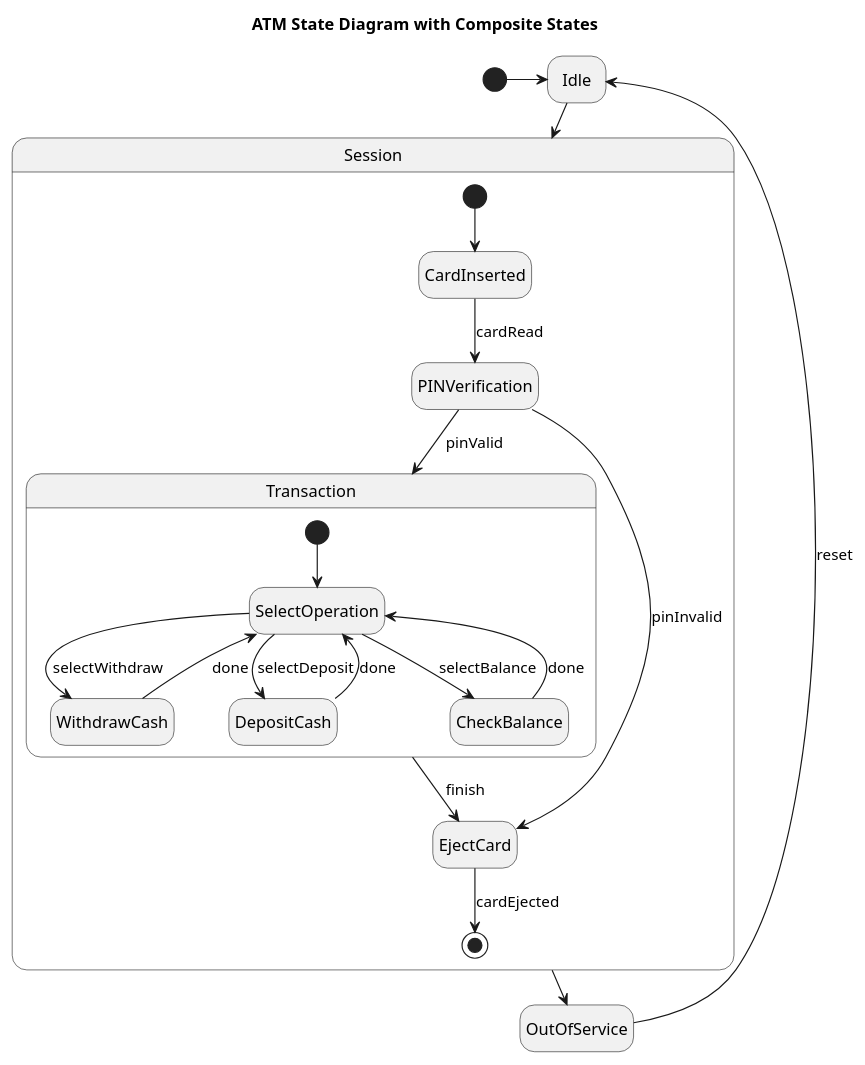
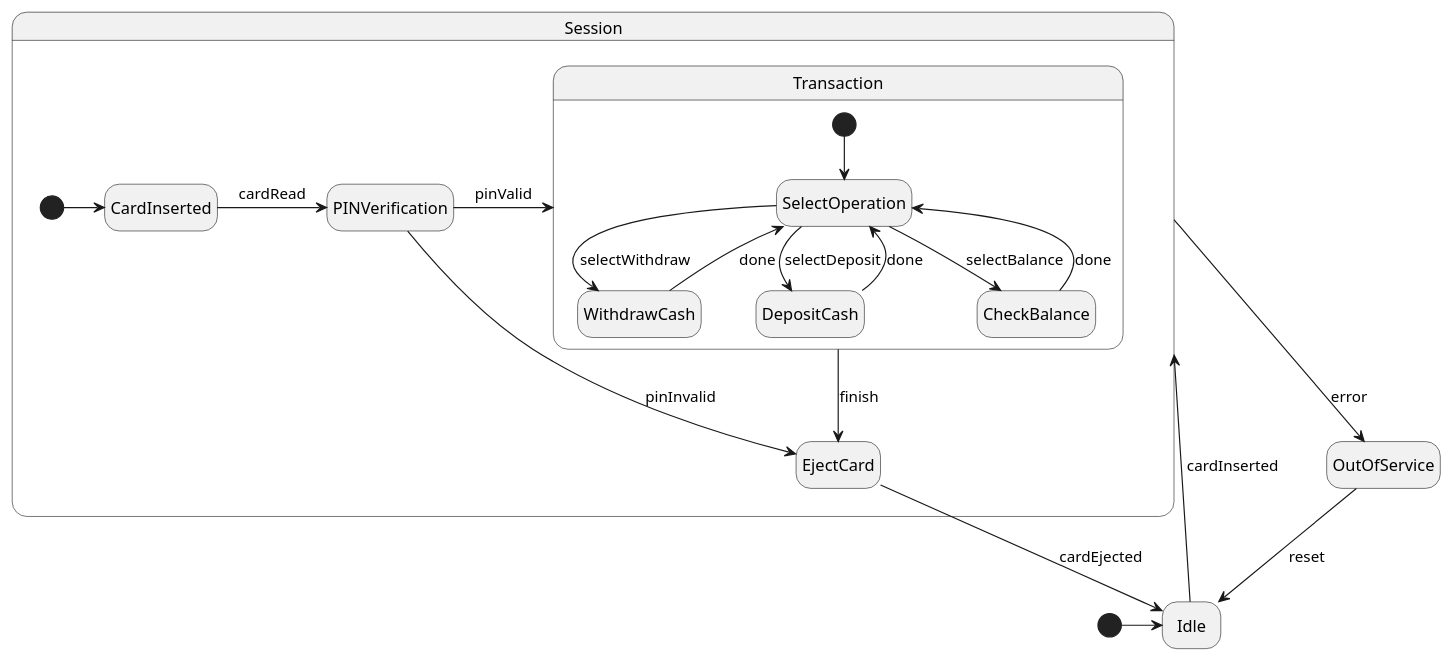
One commit to traiansf/traiansf.github.io changed the third of 9 diagrams in class/amss2025/curs/06-state.md. Above: the diagram before and after it, drawn with PlantUML. The commit also changed other lines of this file and 6 other files, not shown here.

Commit message:
State diagrams: final

````diff
--- a/class/amss2025/curs/06-state.md
+++ b/class/amss2025/curs/06-state.md
@@ -116,34 +174,33 @@
 ```plantuml
 @startuml
-title ATM State Diagram with Composite States
 hide empty description
 
 [*] -r-> Idle
 
 Idle -r-> Session : cardInserted
-Session -r-> OutOfService : error
 OutOfService --> Idle : reset
+Session --> OutOfService : error
 
 state Session {
-    [*] --> CardInserted
+    [*] -r-> CardInserted
 
-    CardInserted --> PINVerification : cardRead
-    PINVerification --> Transaction : pinValid
-    PINVerification --> EjectCard : pinInvalid
+    CardInserted -r-> PINVerification : cardRead
+    PINVerification -r-> Transaction : pinValid
+    PINVerification -d-> EjectCard : pinInvalid
     Transaction --> EjectCard : finish
-    EjectCard --> [*] : cardEjected
+    EjectCard --> Idle : cardEjected
 
     state Transaction {
         [*] --> SelectOperation
         SelectOperation --> WithdrawCash : selectWithdraw
         SelectOperation --> DepositCash : selectDeposit
         SelectOperation --> CheckBalance : selectBalance
 
         WithdrawCash --> SelectOperation : done
         DepositCash --> SelectOperation : done
         CheckBalance --> SelectOperation : done
     }
 }
 
 @enduml
 ```
````
